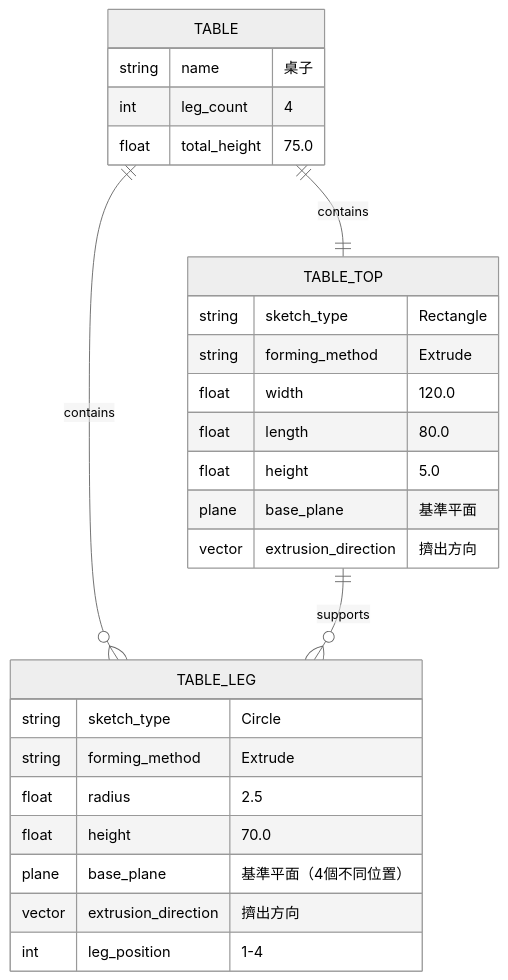
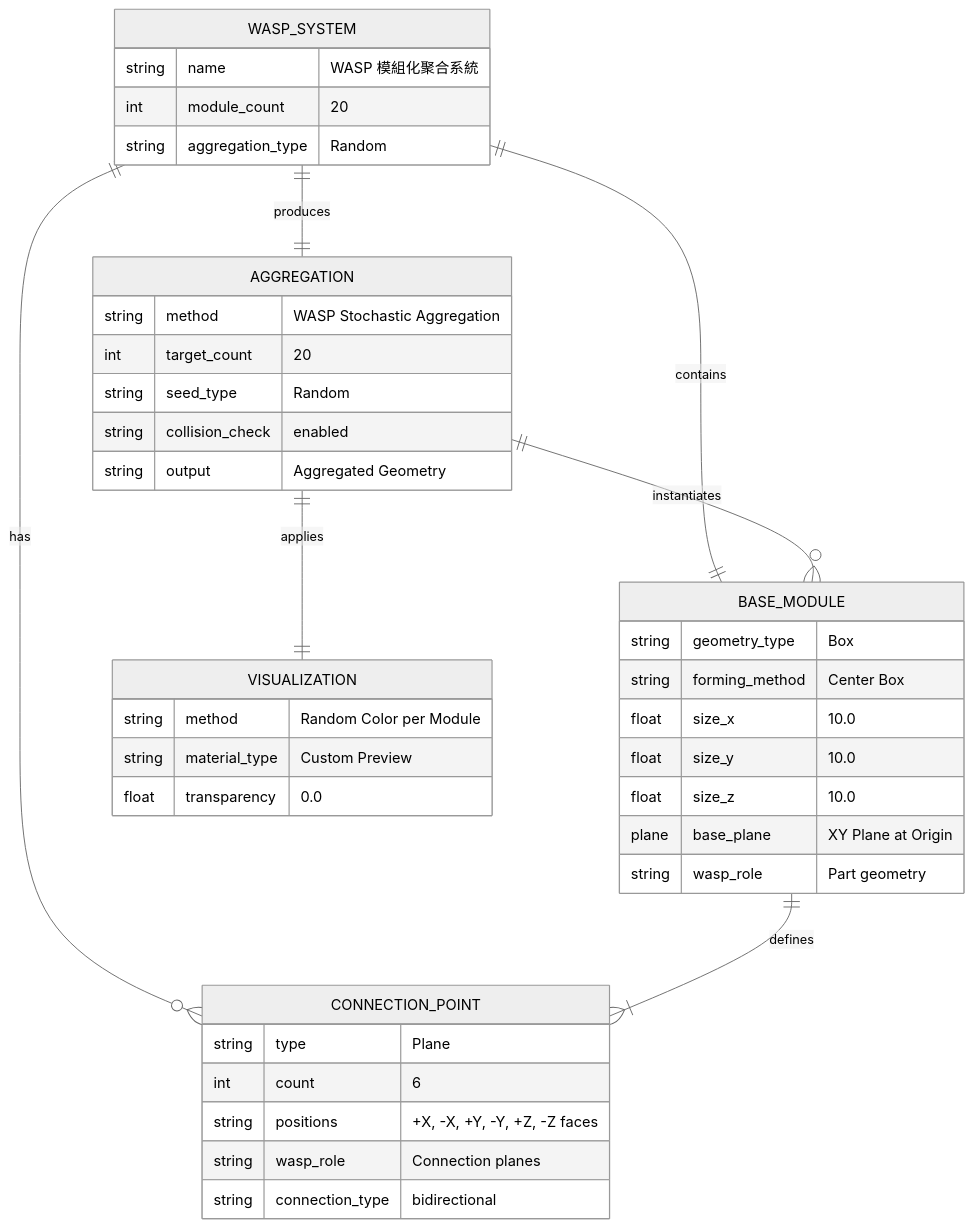
Before and after one commit to fred1357944/grasshopper-mcp-workflow: the diagram in GH_WIP/part_info.mmd, drawn with Mermaid (neutral theme). The commit also changed 19 other files, not shown here.

```diff
--- a/GH_WIP/part_info.mmd
+++ b/GH_WIP/part_info.mmd
@@ -1,31 +1,49 @@
 erDiagram
-    TABLE ||--|| TABLE_TOP : contains
-    TABLE ||--o{ TABLE_LEG : contains
-    
-    TABLE_TOP ||--o{ TABLE_LEG : supports
+    %% WASP Modular Aggregation - 幾何分解圖
+    %% 立方體模組 + 6面連接點 + 隨機聚合
 
-    TABLE {
-        string name "桌子"
-        int leg_count "4"
-        float total_height "75.0"
+    WASP_SYSTEM ||--|| BASE_MODULE : contains
+    WASP_SYSTEM ||--o{ CONNECTION_POINT : has
+    WASP_SYSTEM ||--|| AGGREGATION : produces
+
+    WASP_SYSTEM {
+        string name "WASP 模組化聚合系統"
+        int module_count "20"
+        string aggregation_type "Random"
     }
 
-    TABLE_TOP {
-        string sketch_type "Rectangle"
-        string forming_method "Extrude"
-        float width "120.0"
-        float length "80.0"
-        float height "5.0"
-        plane base_plane "基準平面"
-        vector extrusion_direction "擠出方向"
+    BASE_MODULE {
+        string geometry_type "Box"
+        string forming_method "Center Box"
+        float size_x "10.0"
+        float size_y "10.0"
+        float size_z "10.0"
+        plane base_plane "XY Plane at Origin"
+        string wasp_role "Part geometry"
     }
 
-    TABLE_LEG {
-        string sketch_type "Circle"
-        string forming_method "Extrude"
-        float radius "2.5"
-        float height "70.0"
-        plane base_plane "基準平面（4個不同位置）"
-        vector extrusion_direction "擠出方向"
-        int leg_position "1-4"
+    CONNECTION_POINT {
+        string type "Plane"
+        int count "6"
+        string positions "+X, -X, +Y, -Y, +Z, -Z faces"
+        string wasp_role "Connection planes"
+        string connection_type "bidirectional"
     }
+
+    AGGREGATION {
+        string method "WASP Stochastic Aggregation"
+        int target_count "20"
+        string seed_type "Random"
+        string collision_check "enabled"
+        string output "Aggregated Geometry"
+    }
+
+    VISUALIZATION {
+        string method "Random Color per Module"
+        string material_type "Custom Preview"
+        float transparency "0.0"
+    }
+
+    BASE_MODULE ||--|{ CONNECTION_POINT : defines
+    AGGREGATION ||--o{ BASE_MODULE : instantiates
+    AGGREGATION ||--|| VISUALIZATION : applies
```
